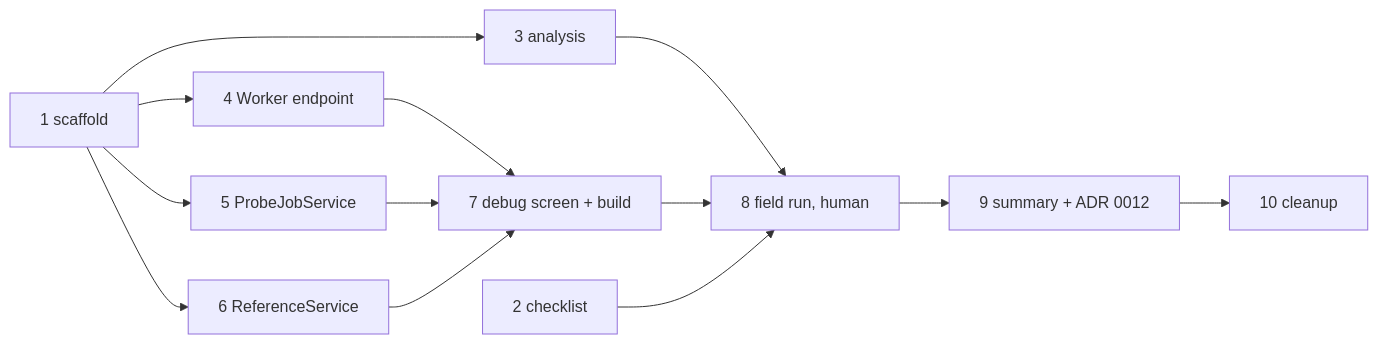
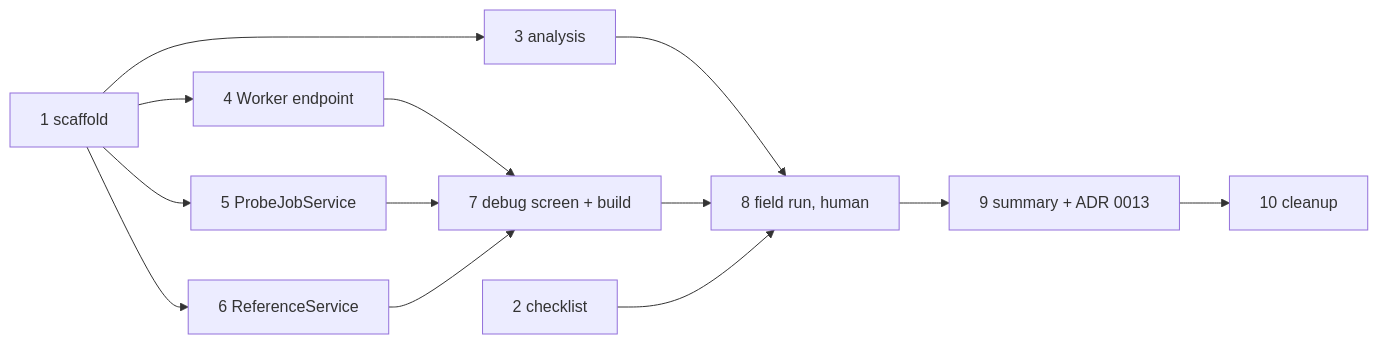
The diagram in .kiro/specs/feasibility-probe/tasks.md (3akare/outage), drawn with Mermaid before and after one commit. The commit also changed other lines of this file and 108 other files, not shown here.

````diff
--- a/.kiro/specs/feasibility-probe/tasks.md
+++ b/.kiro/specs/feasibility-probe/tasks.md
@@ -57,16 +57,16 @@
 ```mermaid
 graph LR
     T1[1 scaffold] --> T3[3 analysis]
     T1 --> T4[4 Worker endpoint]
     T1 --> T5[5 ProbeJobService]
     T1 --> T6[6 ReferenceService]
     T2[2 checklist]
     T4 --> T7[7 debug screen + build]
     T5 --> T7
     T6 --> T7
     T3 --> T8[8 field run, human]
     T7 --> T8
     T2 --> T8
-    T8 --> T9[9 summary + ADR 0012]
+    T8 --> T9[9 summary + ADR 0013]
     T9 --> T10[10 cleanup]
 ```
````
